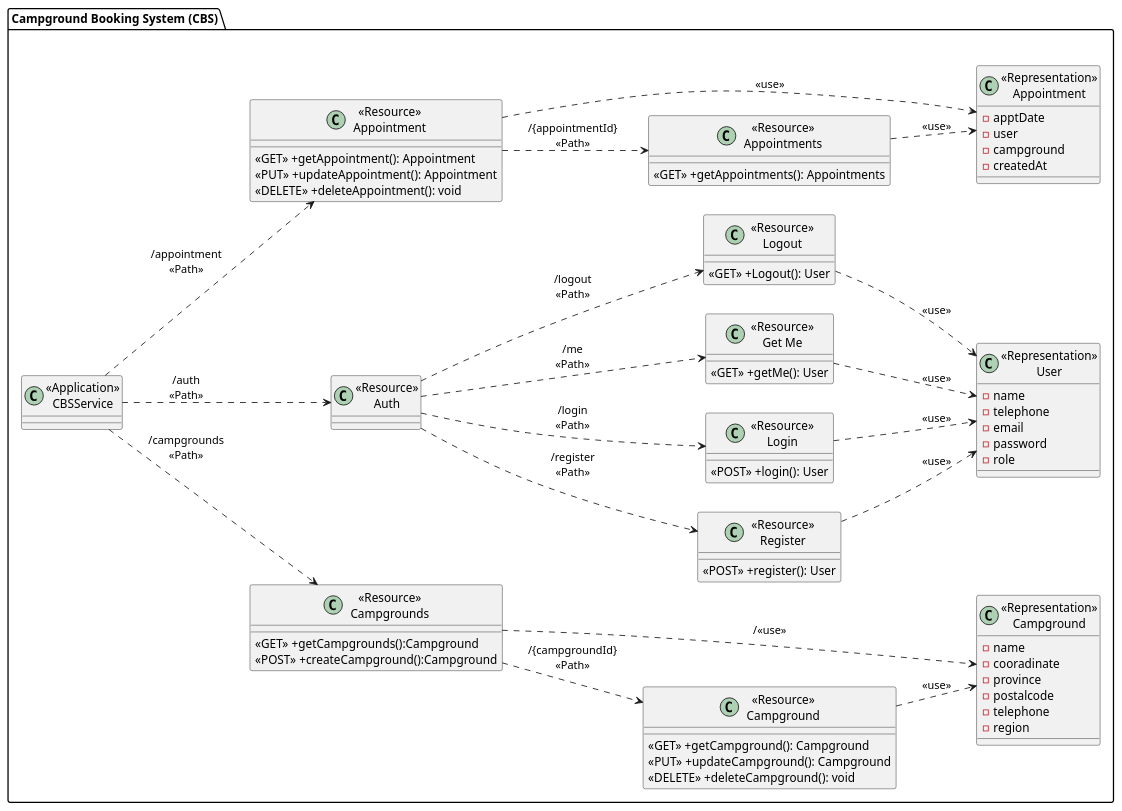
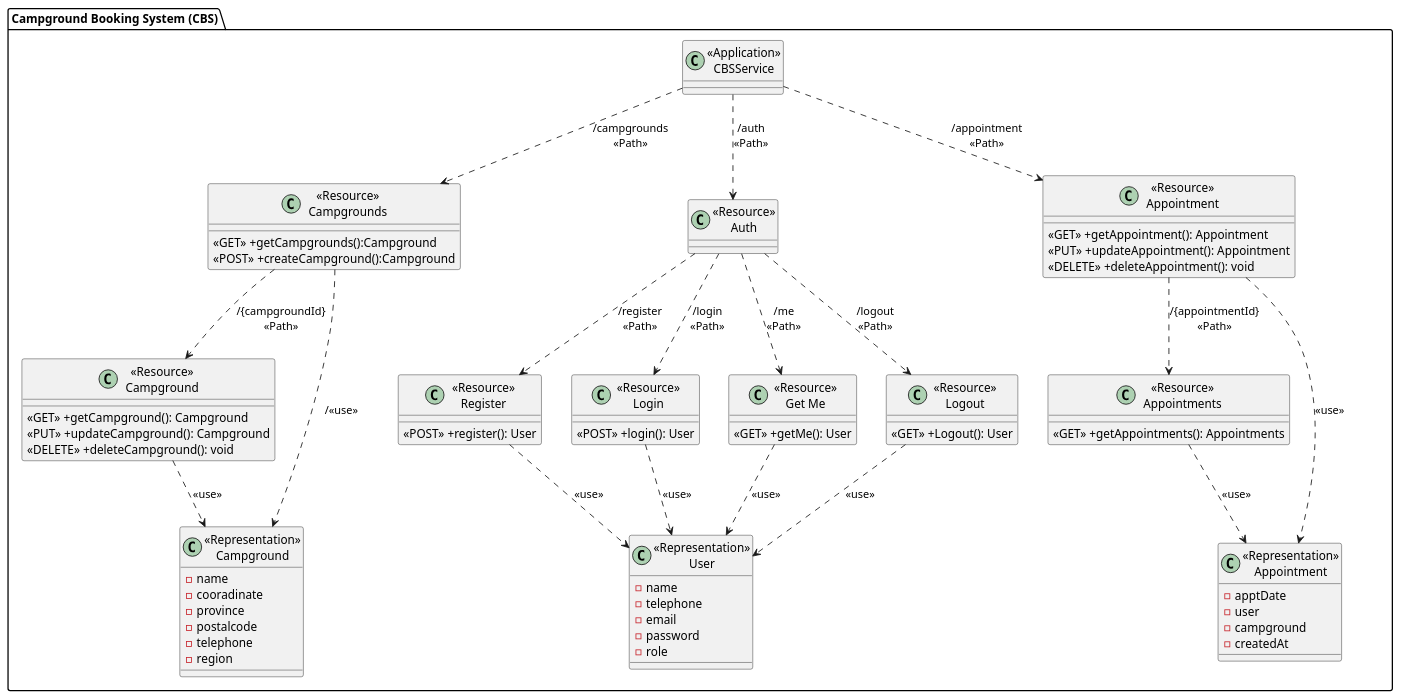
The diagram in diagram/Class diagram/CampgroundClass.puml (FaiiFaiipuipui/CEDT_Y1T2_backend-campgroundbooking), drawn with PlantUML before and after one commit.

Commit message:
Update Class Diagram

```diff
--- a/diagram/Class diagram/CampgroundClass.puml
+++ b/diagram/Class diagram/CampgroundClass.puml
@@ -1,91 +1,91 @@
-@startuml
-left to right direction
+@startuml Campground Booking System (CBS)
+
 package "Campground Booking System (CBS)"{
     class "<<Application>>\nCBSService" as CBSService{}
 
     class "<<Resource>>\nCampgrounds" as ResourceCampgrounds{
         <<GET>> +getCampgrounds():Campground
         <<POST>> +createCampground():Campground
     }
 
     class "<<Resource>>\nCampground" as ResourceCampground {
         <<GET>> +getCampground(): Campground
         <<PUT>> +updateCampground(): Campground
         <<DELETE>> +deleteCampground(): void
     }
 
     class "<<Representation>>\nCampground" as RepresentationCampground {
         -name
         -cooradinate
         -province
         -postalcode
         -telephone
         -region
     }
 
     class "<<Resource>>\nAuth" as ResourceAuth{
         
     }
 
     class "<<Resource>>\nRegister" as RegisterService {
         <<POST>> +register(): User
     }
 
     class "<<Resource>>\nLogin" as LoginService {
         <<POST>> +login(): User
     }
 
     class "<<Resource>>\nGet Me" as GetMeService {
         <<GET>> +getMe(): User
     }
     class "<<Resource>>\nLogout" as LogoutService {
         <<GET>> +Logout(): User
     }
 
     class "<<Representation>>\nUser" as RepresentationUser {
         -name
         -telephone
         -email
         -password
         -role
     }
 
     class "<<Resource>>\nAppointments" as ResourceAppointments{
         <<GET>> +getAppointments(): Appointments
     }
 
     class "<<Resource>>\nAppointment" as ResourceAppointment{
         <<GET>> +getAppointment(): Appointment
         <<PUT>> +updateAppointment(): Appointment
         <<DELETE>> +deleteAppointment(): void
     }
 
     class "<<Representation>>\nAppointment" as RepresentationAppointment {
         -apptDate
         -user
         -campground
         -createdAt
     }
 }
 
 CBSService ..> ResourceCampgrounds:"/campgrounds\n<<Path>>"
 ResourceCampgrounds ..> ResourceCampground: "/{campgroundId}\n<<Path>>"
 ResourceCampgrounds ..> RepresentationCampground: "/<<use>>"
 ResourceCampground ..> RepresentationCampground: "<<use>>"
 
 CBSService ..> ResourceAuth:"/auth\n<<Path>>"
 ResourceAuth ..> RegisterService: "/register\n<<Path>>"
 ResourceAuth ..> LoginService: "/login\n<<Path>>"
 ResourceAuth ..> GetMeService: "/me\n<<Path>>"
 ResourceAuth ..> LogoutService: "/logout\n<<Path>>"
 RegisterService ..> RepresentationUser: "<<use>>"
 LoginService ..> RepresentationUser: "<<use>>"
 GetMeService ..> RepresentationUser: "<<use>>"
 LogoutService ..> RepresentationUser: "<<use>>"
 
 CBSService ..> ResourceAppointment: "/appointment\n<<Path>>"
 ResourceAppointment ..> ResourceAppointments: "/{appointmentId}\n<<Path>>"
 ResourceAppointment ..> RepresentationAppointment: "<<use>>"
 ResourceAppointments ..> RepresentationAppointment: "<<use>>"
 
 @enduml
```
